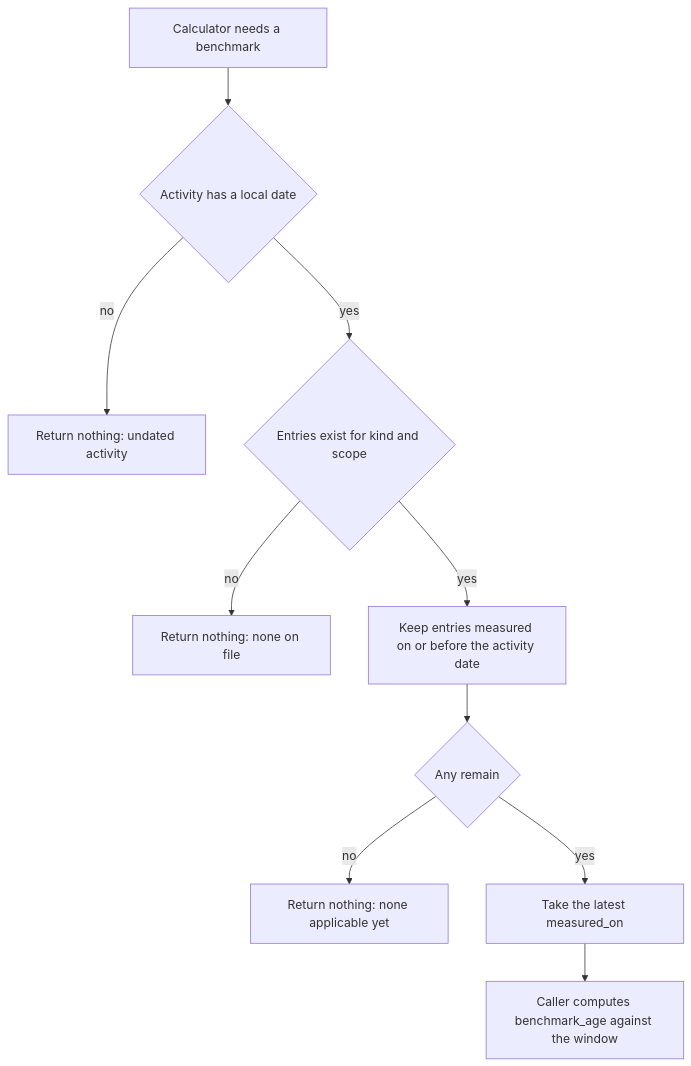
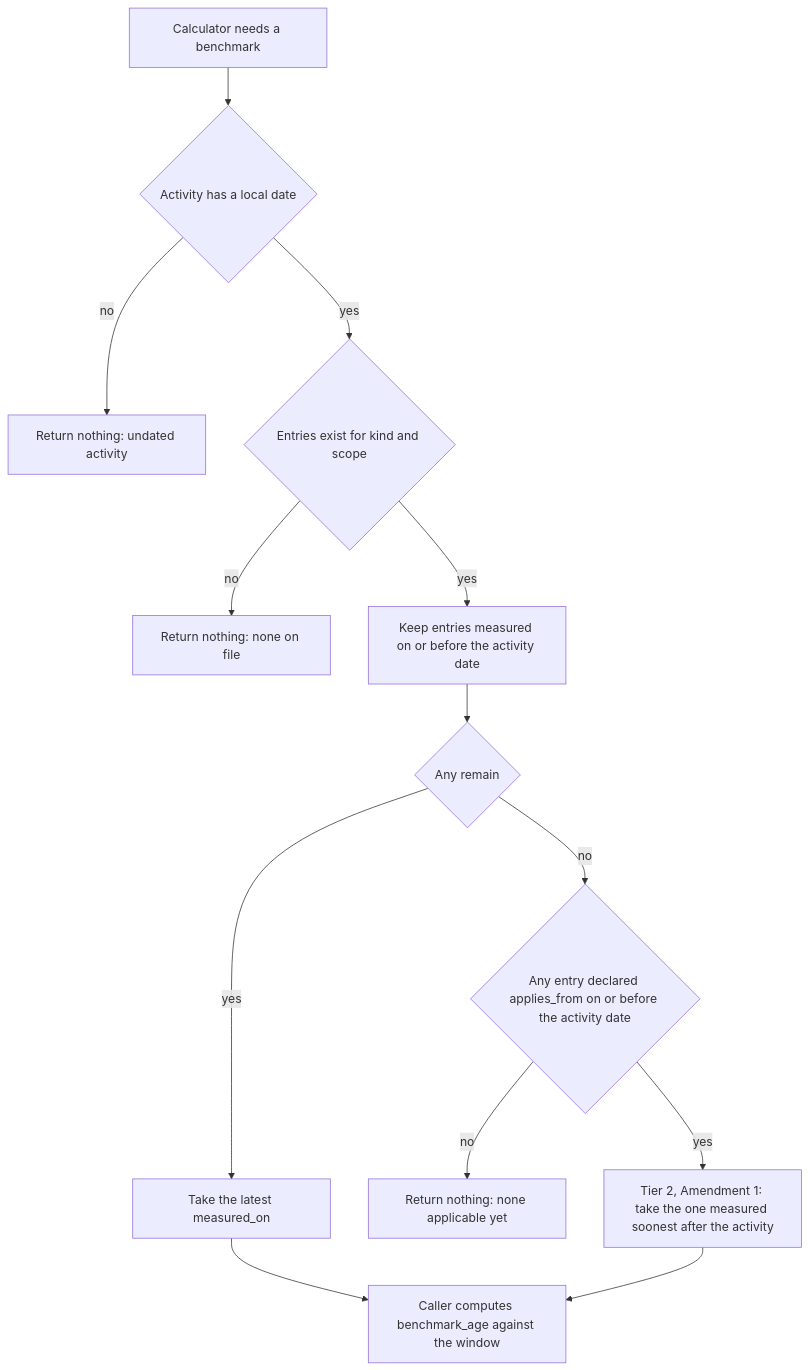
The second of 4 diagrams in .kiro/specs/athlete-benchmarks/design.md (joshua-stauffer/fitdocs), drawn with Mermaid before and after one commit. The commit also changed other lines of this file and 22 other files, not shown here.

````diff
--- a/.kiro/specs/athlete-benchmarks/design.md
+++ b/.kiro/specs/athlete-benchmarks/design.md
@@ -402,12 +410,15 @@
 ```mermaid
 flowchart TD
     Start[Calculator needs a benchmark] --> HasDate{Activity has a local date}
     HasDate -- no --> NoneApplies[Return nothing: undated activity]
     HasDate -- yes --> Entries{Entries exist for kind and scope}
     Entries -- no --> NotOnFile[Return nothing: none on file]
     Entries -- yes --> Filter[Keep entries measured on or before the activity date]
     Filter --> Any{Any remain}
-    Any -- no --> NotApplicable[Return nothing: none applicable yet]
     Any -- yes --> Latest[Take the latest measured_on]
+    Any -- no --> Declared{Any entry declared applies_from on or before the activity date}
+    Declared -- no --> NotApplicable[Return nothing: none applicable yet]
+    Declared -- yes --> Soonest[Tier 2, Amendment 1: take the one measured soonest after the activity]
     Latest --> Age[Caller computes benchmark_age against the window]
+    Soonest --> Age
 ```
````
